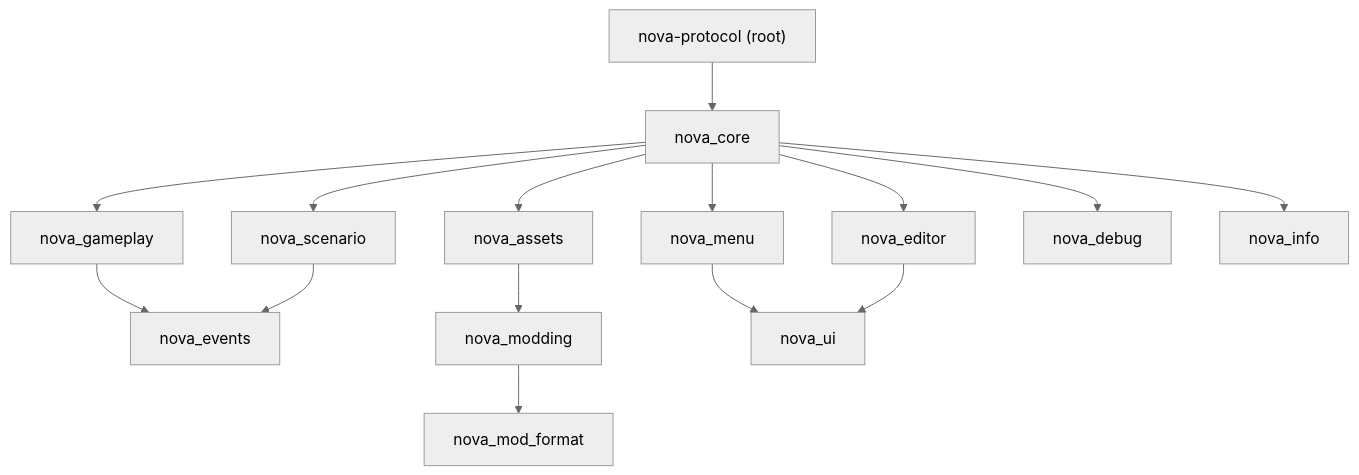
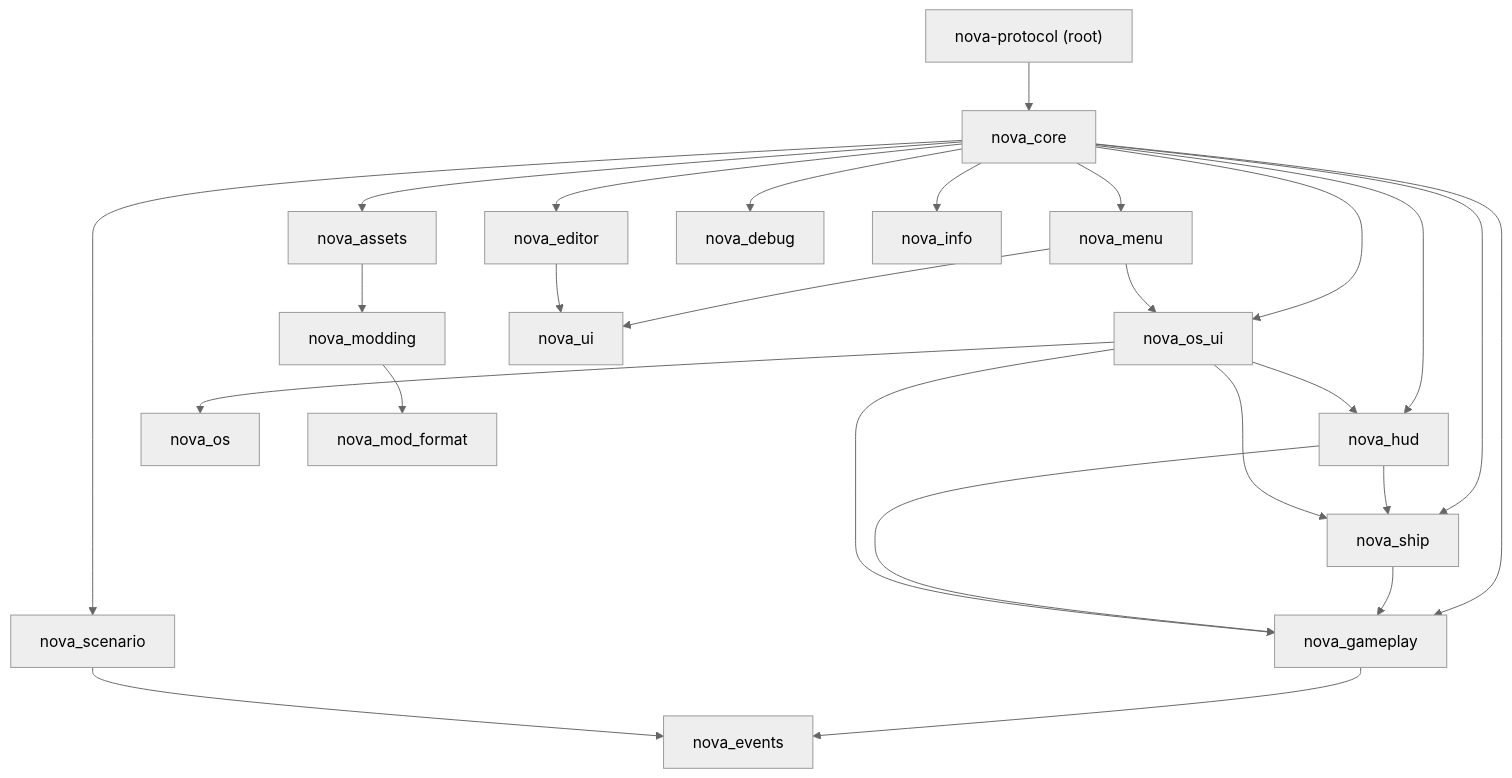
Before and after one commit to alexjercan/nova-protocol: the first of 3 diagrams in web/src/wiki/dev/architecture.md, drawn with Mermaid (neutral theme). The commit also changed other lines of this file and 358 other files, not shown here.

First line of the commit message:
refactor(20260806-121625): L9 - the nova_gameplay four-way split

````diff
--- a/web/src/wiki/dev/architecture.md
+++ b/web/src/wiki/dev/architecture.md
@@ -32,17 +36,28 @@
 ```mermaid
 graph TD
     root["nova-protocol (root)"] --> core["nova_core"]
     core --> menu["nova_menu"]
     core --> editor["nova_editor"]
     core --> gameplay["nova_gameplay"]
+    core --> ship["nova_ship"]
+    core --> hud["nova_hud"]
+    core --> osui["nova_os_ui"]
     core --> scenario["nova_scenario"]
     core --> assets["nova_assets"]
+    ship --> gameplay
+    hud --> ship
+    hud --> gameplay
+    osui --> hud
+    osui --> ship
+    osui --> gameplay
+    osui --> os["nova_os"]
+    menu --> osui
     gameplay --> events["nova_events"]
     scenario --> events
     assets --> modding["nova_modding"]
     modding --> modfmt["nova_mod_format"]
     menu --> ui["nova_ui"]
     editor --> ui
     core --> debug["nova_debug"]
     core --> info["nova_info"]
 ```
````
